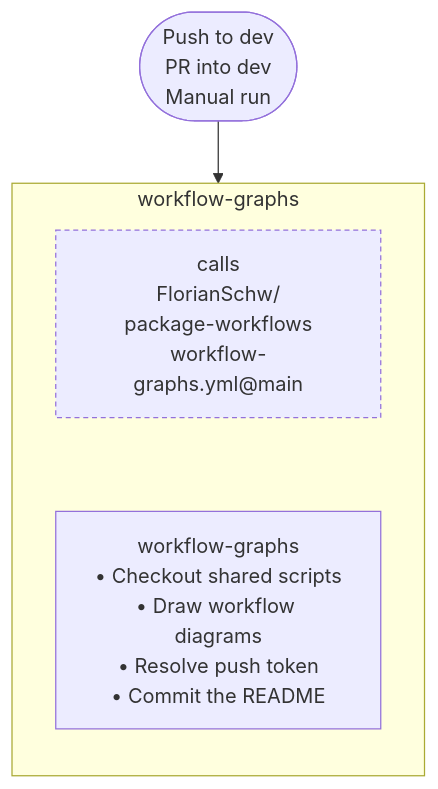
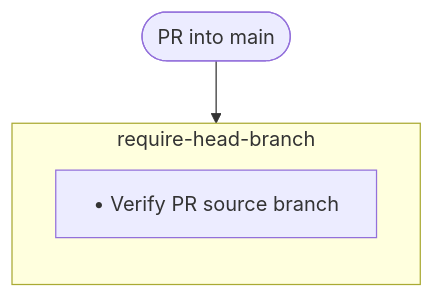
One commit to nfdi4health/dsSupportClient changed diagram 15 of 15 in .github/workflow-graphs/README.md. Above: the diagram before and after it, drawn with Mermaid. The commit also changed other lines of this file, not shown here.

Commit message:
docs: update workflow diagrams

````diff
--- a/.github/workflow-graphs/README.md
+++ b/.github/workflow-graphs/README.md
@@ -365,12 +344,10 @@
 ```mermaid
 flowchart TD
-  start(["Push to dev<br/>PR into dev<br/>Manual run"])
-  subgraph job_workflow_graphs ["workflow-graphs"]
+  start(["PR into main"])
+  subgraph job_require_head_branch ["require-head-branch"]
     direction TB
-    job_workflow_graphs__ref["calls<br/>FlorianSchw/<br/>package-workflows<br/>workflow-graphs.yml@main"]:::refnote
-    job_workflow_graphs__workflow_graphs["workflow-graphs<br/>• Checkout shared scripts<br/>• Draw workflow diagrams<br/>• Resolve push token<br/>• Commit the README"]
-    job_workflow_graphs__ref ~~~ job_workflow_graphs__workflow_graphs
+    job_require_head_branch__verify_source_branch["• Verify PR source branch"]
   end
-  start --> job_workflow_graphs
-  classDef refnote stroke-dasharray: 4 3
+  start --> job_require_head_branch
+  classDef condnote stroke-dasharray: 4 3
 ```
````
